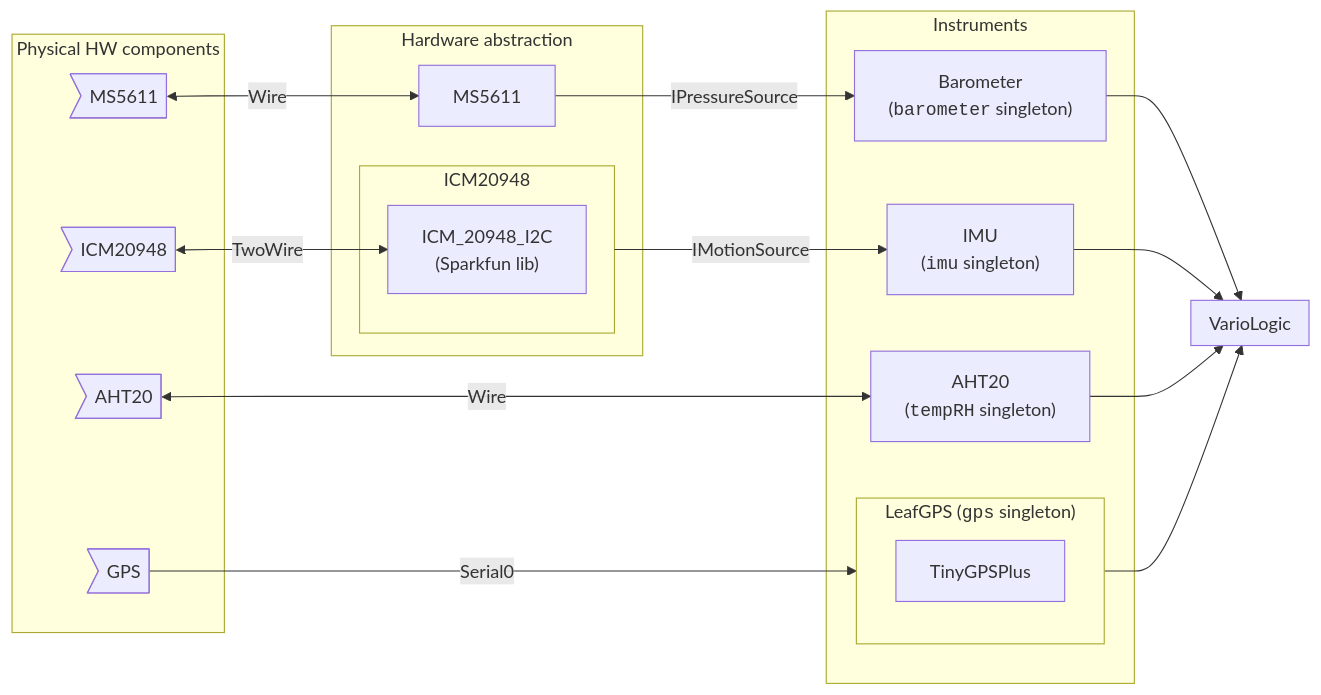
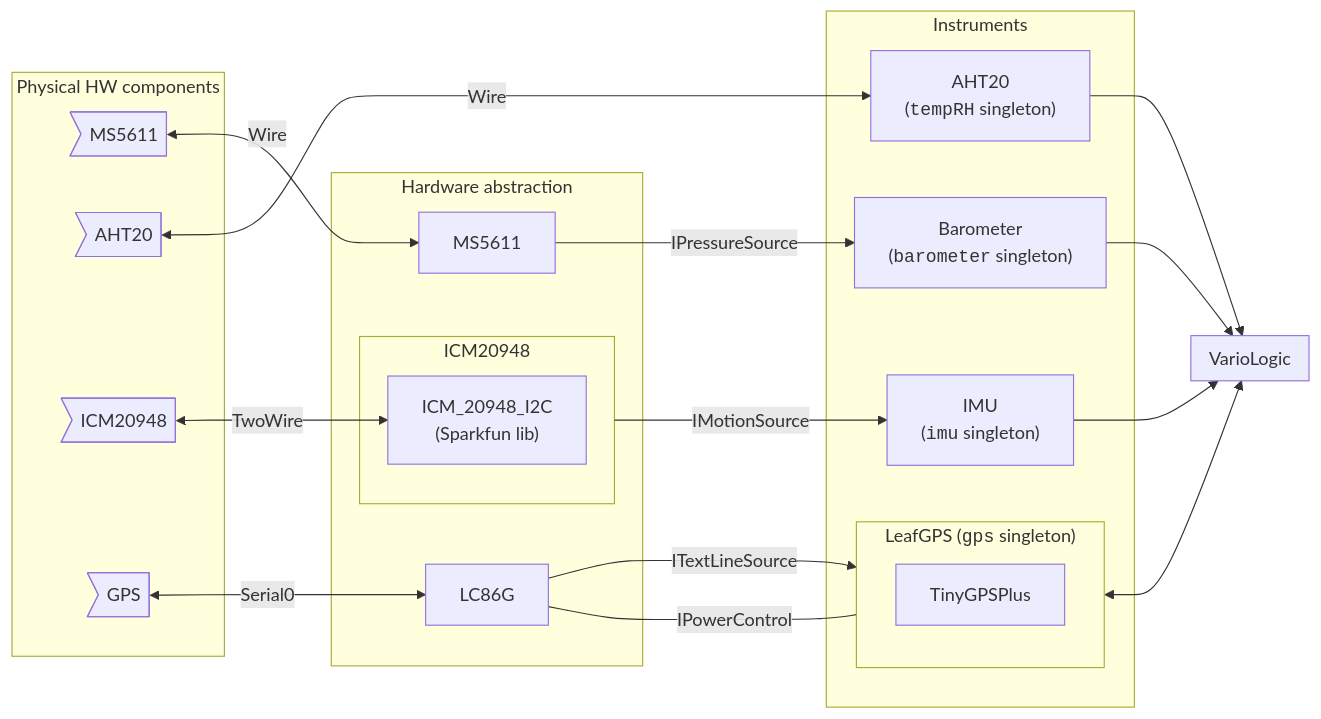
The diagram in src/vario/README.md (DangerMonkeys/leaf), drawn with Mermaid before and after one commit. The commit also changed 8 other files, not shown here.

````diff
--- a/src/vario/README.md
+++ b/src/vario/README.md
@@ -47,40 +47,42 @@
 ```mermaid
 flowchart LR
     subgraph Physical HW components
         MS5611dev>MS5611]
         AHT20dev>AHT20]
         ICM20948dev>ICM20948]
         GPSdev>GPS]
     end
 
     subgraph Hardware abstraction
         MS5611["MS5611"]
         subgraph ICM20948
             ICM_20948_I2C
         end
+        LC86G
     end
 
     subgraph Instruments
+        AHT20["AHT20<br>(<code>tempRH</code> singleton)"]
         Barometer["Barometer<br>(<code>barometer</code> singleton)"]
         IMU["IMU<br>(<code>imu</code> singleton)"]
-        AHT20["AHT20<br>(<code>tempRH</code> singleton)"]
         subgraph LeafGPS["LeafGPS (<code>gps</code> singleton)"]
             TinyGPSPlus
         end
     end
 
     subgraph VarioLogic
     end
 
     MS5611dev <-->|Wire| MS5611 -->|IPressureSource| Barometer
     AHT20dev <-->|Wire| AHT20
-    GPSdev -->|Serial0| LeafGPS
+    GPSdev <-->|Serial0| LC86G -->|ITextLineSource| LeafGPS
+    LC86G ---|IPowerControl| LeafGPS
 
     ICM20948dev <-->|TwoWire| ICM_20948_I2C["ICM_20948_I2C<br>(Sparkfun lib)"]
     ICM20948 -->|IMotionSource| IMU
 
     Barometer --> VarioLogic
     IMU --> VarioLogic
     AHT20 --> VarioLogic
-    LeafGPS --> VarioLogic
+    LeafGPS <--> VarioLogic
 ```
````
